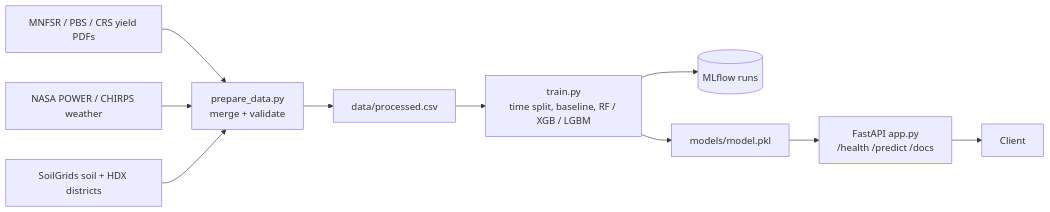
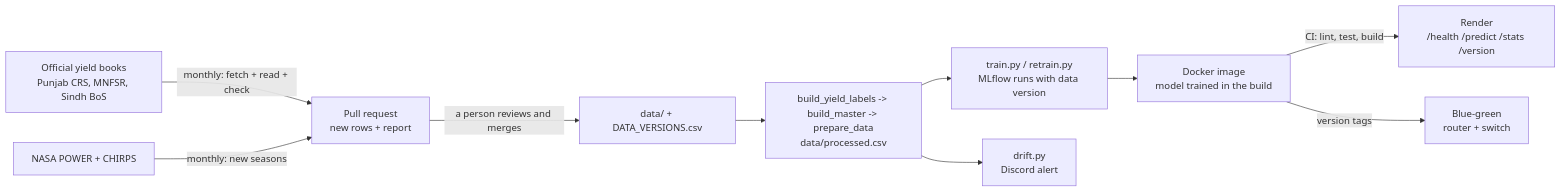
The diagram in README.md (Anis29017/crop-yieldmlops), drawn with Mermaid before and after one commit. The commit also changed other lines of this file and 1 other file, not shown here.

````diff
--- a/README.md
+++ b/README.md
@@ -8,12 +12,12 @@
 ```mermaid
 flowchart LR
-    A[MNFSR / PBS / CRS yield PDFs] --> D[prepare_data.py<br/>merge + validate]
-    B[NASA POWER / CHIRPS weather] --> D
-    C[SoilGrids soil + HDX districts] --> D
-    D --> E[data/processed.csv]
-    E --> F[train.py<br/>time split, baseline, RF / XGB / LGBM]
-    F --> G[(MLflow runs)]
-    F --> H[models/model.pkl]
-    H --> I[FastAPI app.py<br/>/health /predict /docs]
-    I --> J[Client]
+    S[Official yield books<br/>Punjab CRS, MNFSR, Sindh BoS] -->|monthly: fetch + read + check| P[Pull request<br/>new rows + report]
+    W[NASA POWER + CHIRPS] -->|monthly: new seasons| P
+    P -->|a person reviews and merges| D[data/ + DATA_VERSIONS.csv]
+    D --> B[build_yield_labels -> build_master -> prepare_data<br/>data/processed.csv]
+    B --> T[train.py / retrain.py<br/>MLflow runs with data version]
+    B --> X[drift.py<br/>Discord alert]
+    T --> I[Docker image<br/>model trained in the build]
+    I -->|CI: lint, test, build| R[Render<br/>/health /predict /stats /version]
+    I -->|version tags| G[Blue-green<br/>router + switch]
 ```
````
